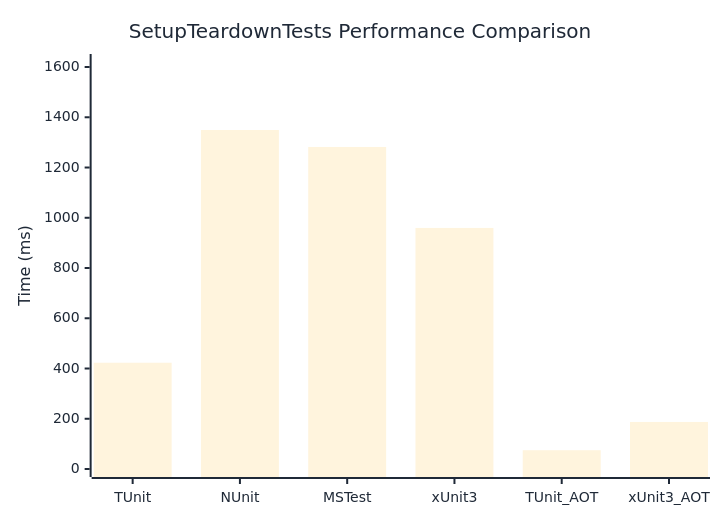
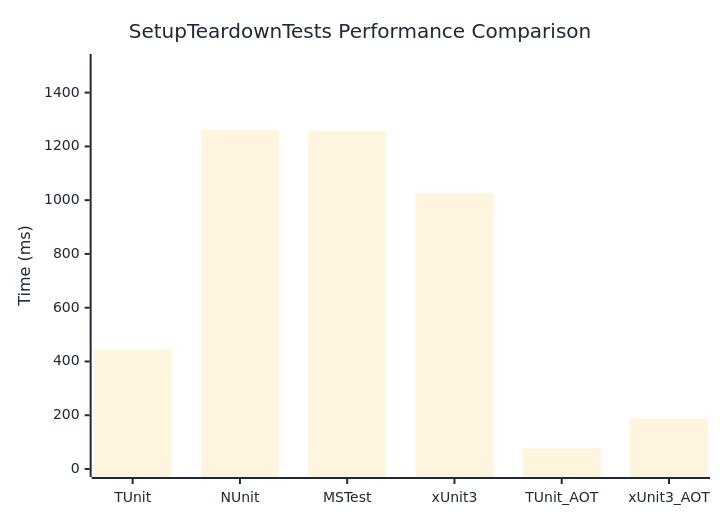
Before and after one commit to thomhurst/TUnit: the diagram in docs/docs/benchmarks/engine/SetupTeardownTests.md, drawn with Mermaid. The commit also changed other lines of this file and 18 other files, not shown here.

````diff
--- a/docs/docs/benchmarks/engine/SetupTeardownTests.md
+++ b/docs/docs/benchmarks/engine/SetupTeardownTests.md
@@ -30,37 +30,37 @@
 ```mermaid
 %%{init: {
   'theme':'base',
   'themeVariables': {
     'primaryColor': '#2563eb',
     'primaryTextColor': '#1f2937',
     'primaryBorderColor': '#1e40af',
     'lineColor': '#6b7280',
     'secondaryColor': '#7c3aed',
     'tertiaryColor': '#dc2626',
     'background': '#ffffff',
     'mainBkg': '#2563eb',
     'secondBkg': '#7c3aed',
     'tertiaryBkg': '#dc2626',
     'clusterBkg': '#f3f4f6',
     'edgeLabelBackground': '#ffffff',
     'tertiaryTextColor': '#1f2937',
     'pie1': '#2563eb',
     'pie2': '#7c3aed',
     'pie3': '#dc2626',
     'pie4': '#f59e0b',
     'pie5': '#10b981',
     'pie6': '#06b6d4',
     'pie7': '#ec4899',
     'pie8': '#6366f1',
     'pie9': '#84cc16',
     'pie10': '#f97316',
     'pie11': '#14b8a6',
     'pie12': '#a855f7'
   }
 }}%%
 xychart-beta
   title "SetupTeardownTests Performance Comparison"
   x-axis ["TUnit", "NUnit", "MSTest", "xUnit3", "TUnit_AOT", "xUnit3_AOT"]
-  y-axis "Time (ms)" 0 --> 1620
-  bar [422.98, 1349.39, 1281.82, 959.54, 74.8, 187.23]
+  y-axis "Time (ms)" 0 --> 1514
+  bar [446.02, 1260.98, 1256, 1024.87, 76.32, 187.51]
 ```
````
